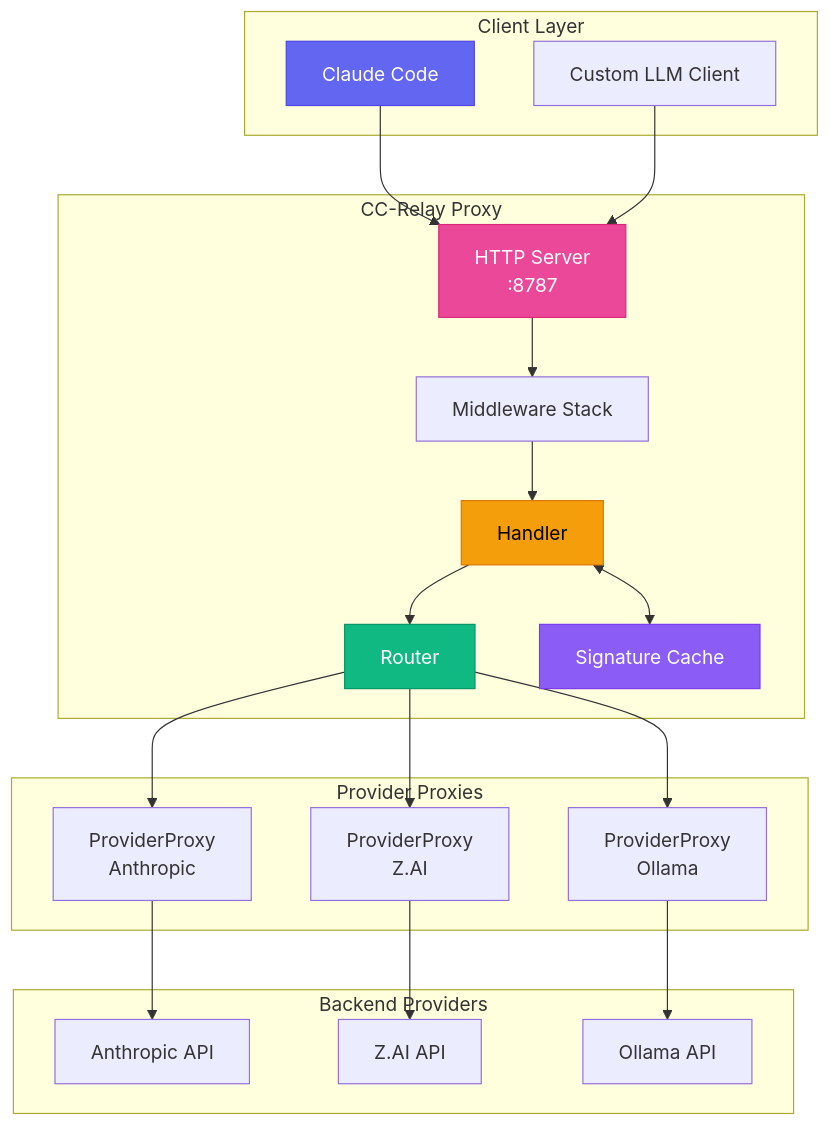
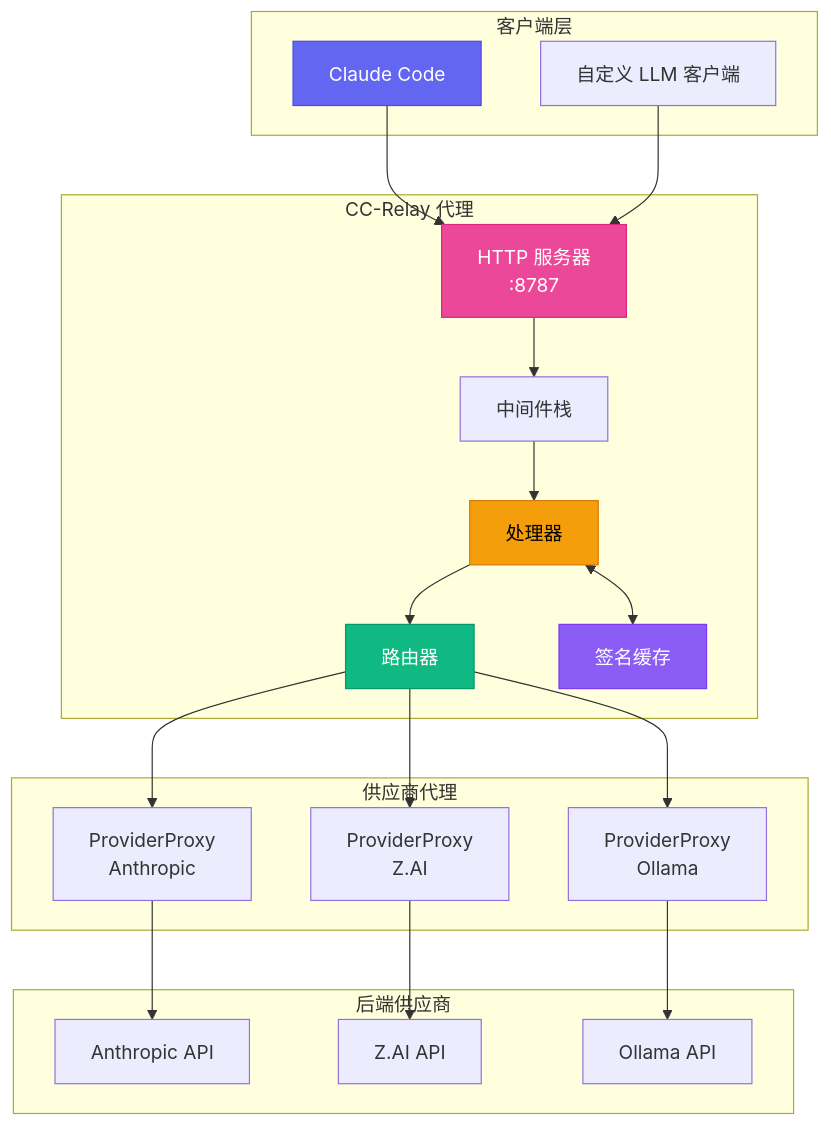
Before and after one commit to omarluq/cc-relay: the first of 5 diagrams in docs-site/content/zh-cn/docs/architecture.md, drawn with Mermaid. The commit also changed other lines of this file and 4 other files, not shown here.

First line of the commit message:
docs: translate architecture.md to all supported languages

````diff
--- a/docs-site/content/zh-cn/docs/architecture.md
+++ b/docs-site/content/zh-cn/docs/architecture.md
@@ -10,46 +10,46 @@
 ```mermaid
 graph TB
-    subgraph "Client Layer"
+    subgraph "客户端层"
         A[Claude Code]
-        B[Custom LLM Client]
+        B[自定义 LLM 客户端]
     end
 
-    subgraph "CC-Relay Proxy"
-        D[HTTP Server<br/>:8787]
-        E[Middleware Stack]
-        F[Handler]
-        G[Router]
-        H[Signature Cache]
+    subgraph "CC-Relay 代理"
+        D[HTTP 服务器<br/>:8787]
+        E[中间件栈]
+        F[处理器]
+        G[路由器]
+        H[签名缓存]
     end
 
-    subgraph "Provider Proxies"
+    subgraph "供应商代理"
         I[ProviderProxy<br/>Anthropic]
         J[ProviderProxy<br/>Z.AI]
         K[ProviderProxy<br/>Ollama]
     end
 
-    subgraph "Backend Providers"
+    subgraph "后端供应商"
         L[Anthropic API]
         M[Z.AI API]
         N[Ollama API]
     end
 
     A --> D
     B --> D
     D --> E
     E --> F
     F --> G
     F <--> H
     G --> I
     G --> J
     G --> K
     I --> L
     J --> M
     K --> N
 
     style A fill:#6366f1,stroke:#4f46e5,color:#fff
     style D fill:#ec4899,stroke:#db2777,color:#fff
     style F fill:#f59e0b,stroke:#d97706,color:#000
     style G fill:#10b981,stroke:#059669,color:#fff
     style H fill:#8b5cf6,stroke:#7c3aed,color:#fff
 ```
````
